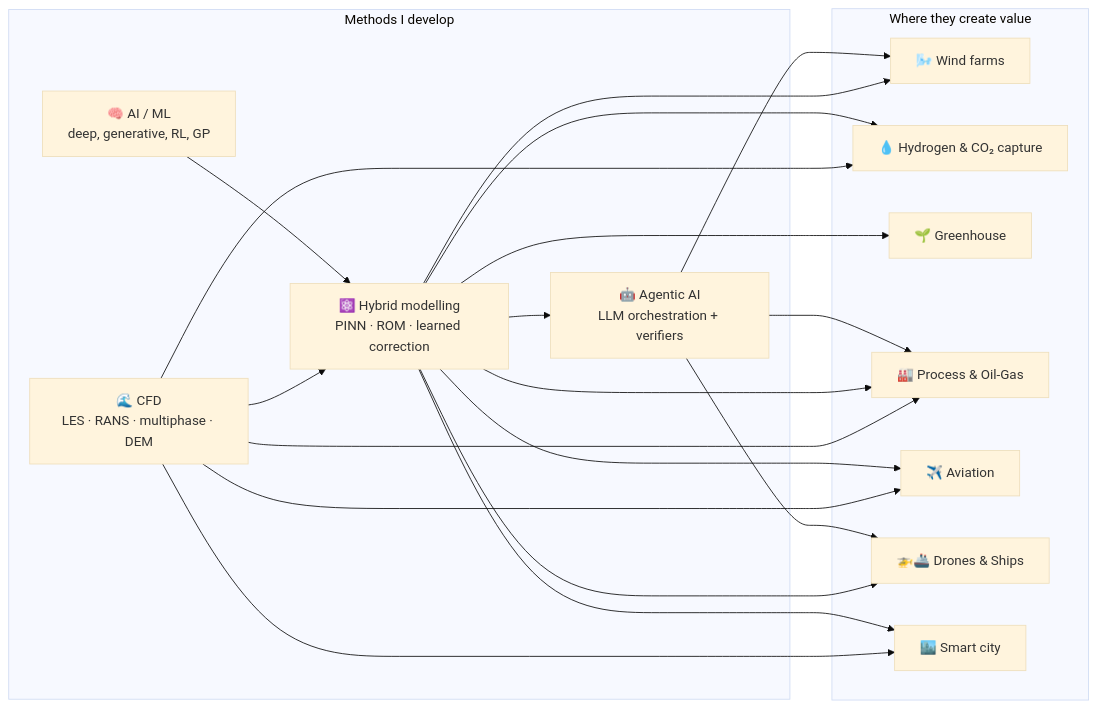
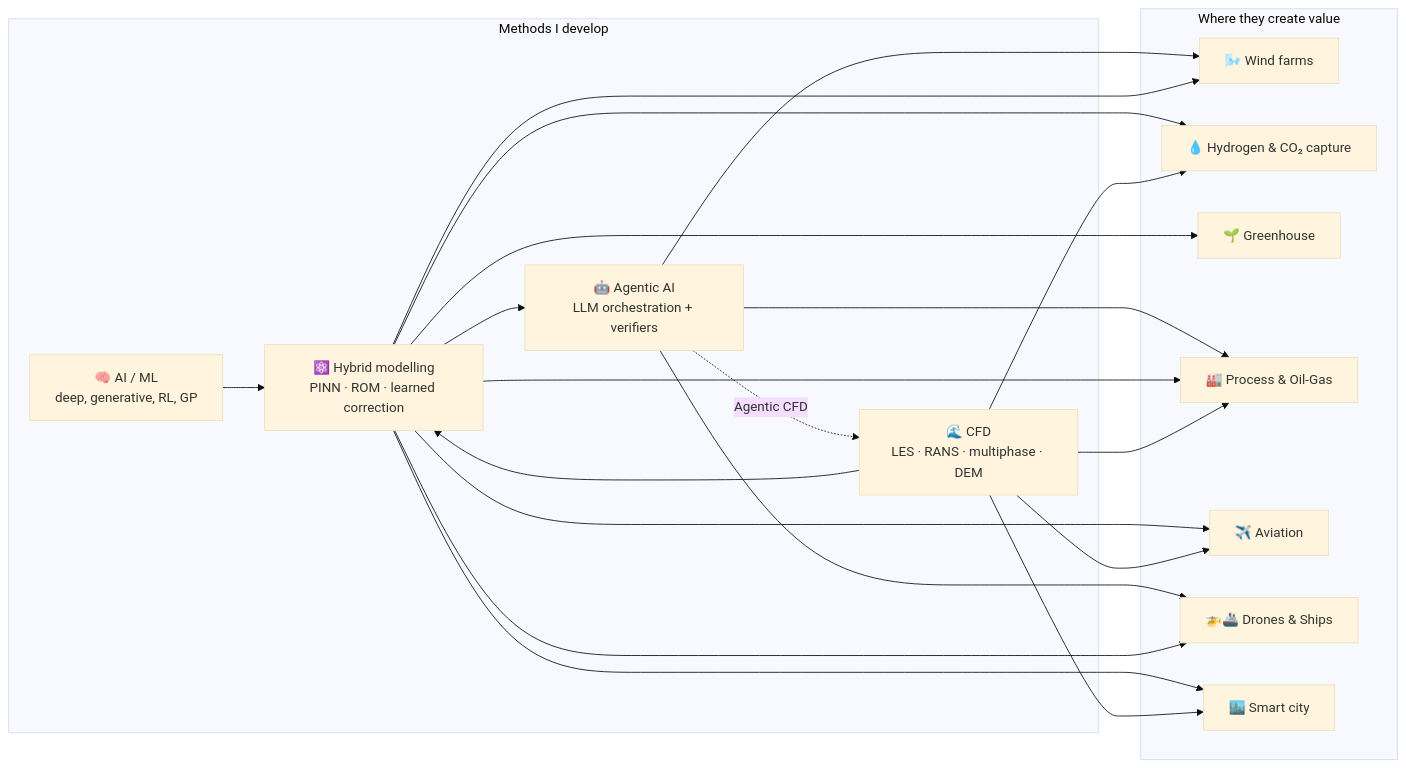
Before and after one commit to mandar-tabib-1/mandar-tabib-1: the diagram in README.md, drawn with Mermaid (base theme). The commit also changed other lines of this file and 5 other files, not shown here.

Commit message:
Add Agentic CFD case and agent optimisation/PdM figures

````diff
--- a/README.md
+++ b/README.md
@@ -80,24 +80,25 @@
 ```mermaid
 flowchart LR
   subgraph M["Methods I develop"]
     A["🧠 AI / ML<br/>deep, generative, RL, GP"]
     H["⚛️ Hybrid modelling<br/>PINN · ROM · learned correction"]
     C["🌊 CFD<br/>LES · RANS · multiphase · DEM"]
     G["🤖 Agentic AI<br/>LLM orchestration + verifiers"]
   end
   subgraph D["Where they create value"]
     W["🌬️ Wind farms"]
     Hy["💧 Hydrogen & CO₂ capture"]
     Gh["🌱 Greenhouse"]
     P["🏭 Process & Oil-Gas"]
     Av["✈️ Aviation"]
     Au["🚁🚢 Drones & Ships"]
     S["🏙️ Smart city"]
   end
   A --> H
   C --> H
   H --> G
   G --> W & P & Au
+  G -. "Agentic CFD" .-> C
   H --> W & Hy & Gh & P & Av & Au & S
   C --> Hy & P & Av & S
 ```
````
